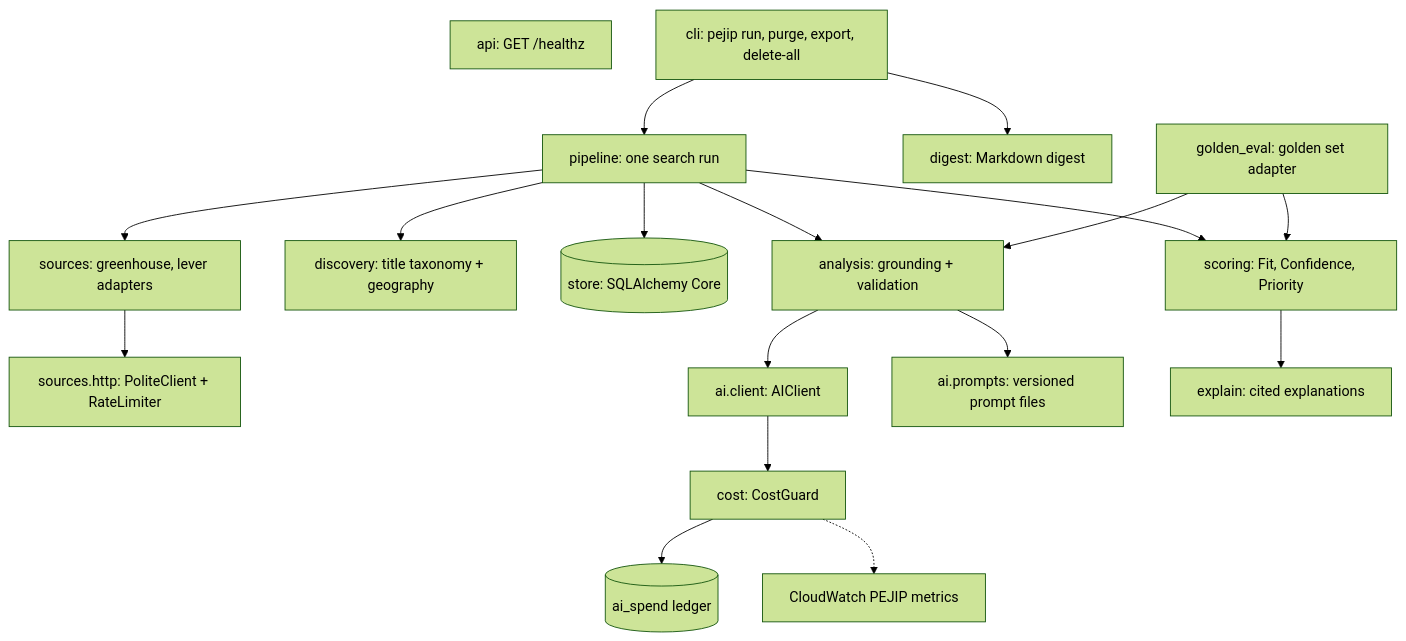
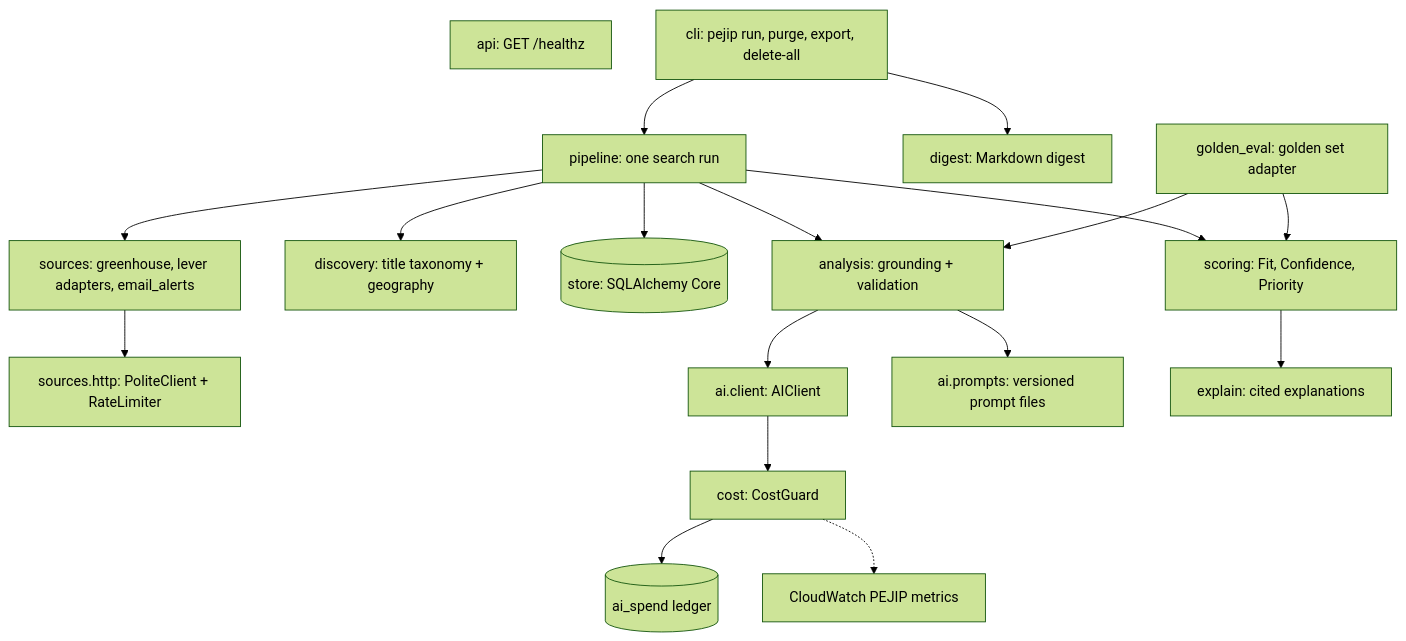
The diagram in docs/architecture/components.md (madduri-ops/PEJIP), drawn with Mermaid (forest theme) before and after one commit. The commit also changed other lines of this file and 17 other files, not shown here.

````diff
--- a/docs/architecture/components.md
+++ b/docs/architecture/components.md
@@ -7,32 +7,32 @@
 ```mermaid
 flowchart TB
     api[api: GET /healthz]
     cli[cli: pejip run, purge, export, delete-all]
     pipe[pipeline: one search run]
-    src[sources: greenhouse, lever adapters]
+    src[sources: greenhouse, lever adapters, email_alerts]
     http[sources.http: PoliteClient + RateLimiter]
     disc[discovery: title taxonomy + geography]
     store[(store: SQLAlchemy Core)]
     ana[analysis: grounding + validation]
     ai[ai.client: AIClient]
     guard[cost: CostGuard]
     ledger[(ai_spend ledger)]
     cw[CloudWatch PEJIP metrics]
     prompts[ai.prompts: versioned prompt files]
     score[scoring: Fit, Confidence, Priority]
     explain[explain: cited explanations]
     digest[digest: Markdown digest]
     evals[golden_eval: golden set adapter]
     cli --> pipe
     pipe --> src --> http
     pipe --> disc
     pipe --> store
     pipe --> ana --> ai
     ana --> prompts
     ai --> guard --> ledger
     guard -.-> cw
     pipe --> score --> explain
     cli --> digest
     evals --> ana
     evals --> score
 ```
````
